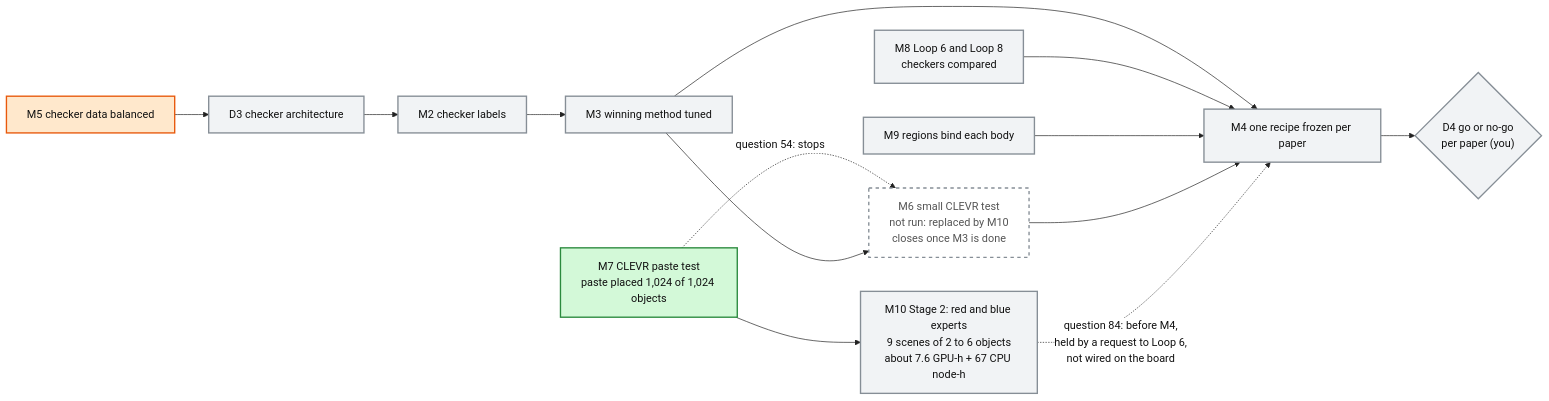
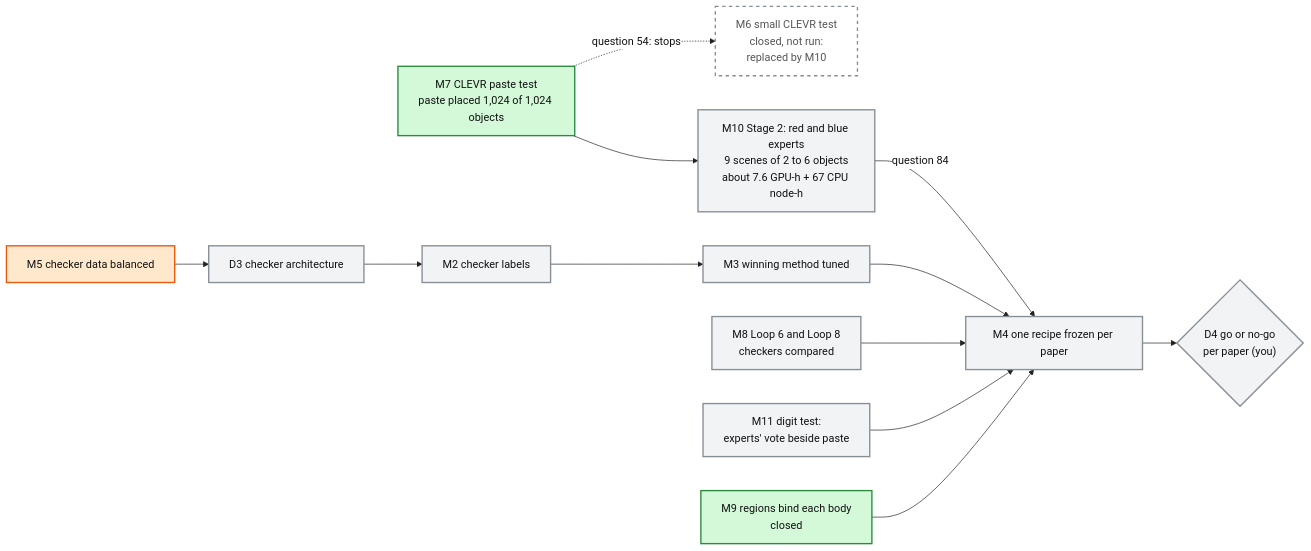
Before and after one commit to mo-rsa24/concept-composition: the diagram in artifacts/notes/progress/targets/where-clevr-stage-2-sits-before-the-go-or-no-go.mmd, drawn with Mermaid. The commit also changed 2 other files, not shown here.

Commit message:
Targets: the CLEVR route sketch shows M4 waiting on M10 after the board edit

```diff
--- a/artifacts/notes/progress/targets/where-clevr-stage-2-sits-before-the-go-or-no-go.mmd
+++ b/artifacts/notes/progress/targets/where-clevr-stage-2-sits-before-the-go-or-no-go.mmd
@@ -1,29 +1,29 @@
 %%{init: {'theme': 'base', 'themeVariables': {'fontFamily': 'monospace', 'primaryColor': '#ffffff', 'primaryBorderColor': '#222222', 'primaryTextColor': '#111111', 'lineColor': '#222222'}}}%%
 flowchart LR
     M7["M7 CLEVR paste test<br/>paste placed 1,024 of 1,024 objects"]:::done
-    M6["M6 small CLEVR test<br/>not run: replaced by M10<br/>closes once M3 is done"]:::closed
+    M6["M6 small CLEVR test<br/>closed, not run:<br/>replaced by M10"]:::closed
     M10["M10 Stage 2: red and blue experts<br/>9 scenes of 2 to 6 objects<br/>about 7.6 GPU-h + 67 CPU node-h"]:::todo
     M5["M5 checker data balanced"]:::doing
     D3["D3 checker architecture"]:::todo
     M2["M2 checker labels"]:::todo
     M3["M3 winning method tuned"]:::todo
     M8["M8 Loop 6 and Loop 8<br/>checkers compared"]:::todo
-    M9["M9 regions bind each body"]:::todo
+    M11["M11 digit test:<br/>experts' vote beside paste"]:::todo
+    M9["M9 regions bind each body<br/>closed"]:::done
     M4["M4 one recipe frozen per paper"]:::todo
     D4{"D4 go or no-go<br/>per paper (you)"}:::todo
 
     M7 -.->|question 54: stops| M6
     M7 --> M10
     M5 --> D3 --> M2 --> M3
-    M3 --> M6
     M3 --> M4
     M8 --> M4
     M9 --> M4
-    M6 --> M4
-    M10 -.->|question 84: before M4,<br/>held by a request to Loop 6,<br/>not wired on the board| M4
+    M11 --> M4
+    M10 -->|question 84| M4
     M4 --> D4
 
     classDef done fill:#d3f9d8,stroke:#2b8a3e,stroke-width:2px,color:#111111
     classDef doing fill:#ffe8cc,stroke:#e8590c,stroke-width:2px,color:#111111
     classDef todo fill:#f1f3f5,stroke:#868e96,stroke-width:2px,color:#111111
     classDef closed fill:#ffffff,stroke:#868e96,stroke-width:2px,stroke-dasharray: 5 5,color:#555555
```
